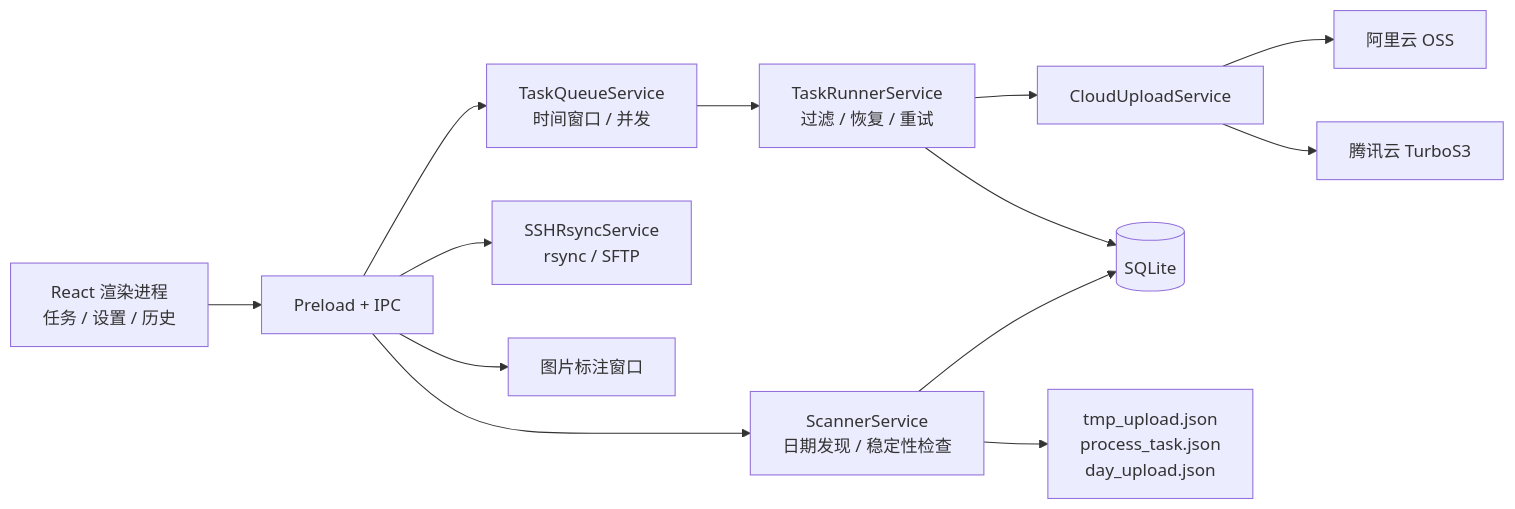
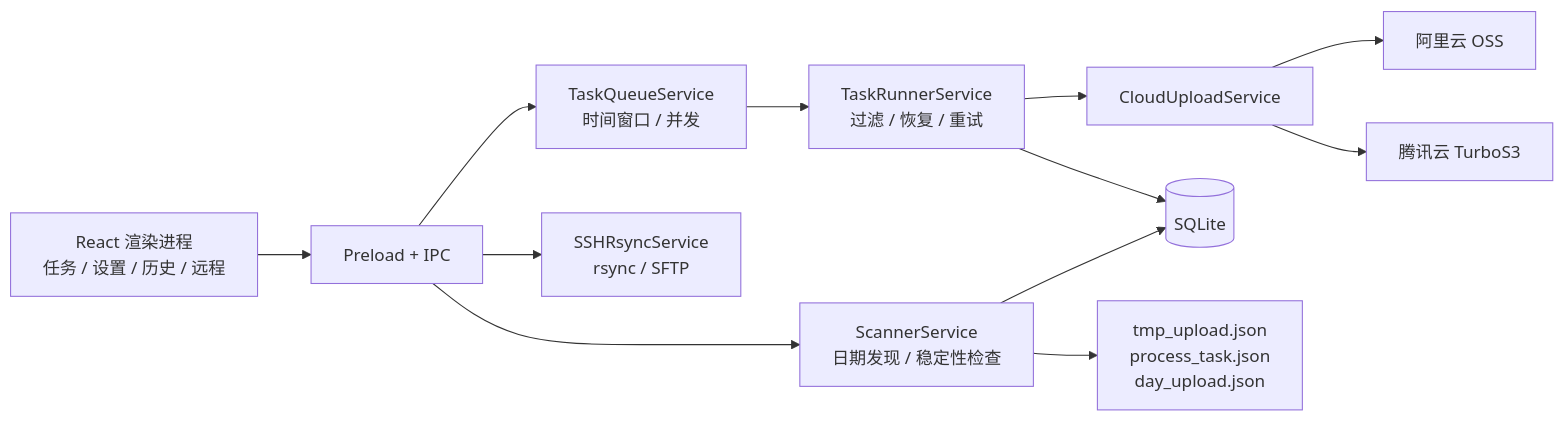
Before and after one commit to MzKyle/Auto-Upload-Studio: the diagram in README.zh-CN.md, drawn with Mermaid. The commit also changed other lines of this file and 34 other files, not shown here.

````diff
--- a/README.zh-CN.md
+++ b/README.zh-CN.md
@@ -125,15 +129,14 @@
 ```mermaid
 flowchart LR
-  UI["React 渲染进程<br/>任务 / 设置 / 历史"] --> IPC["Preload + IPC"]
+  UI["React 渲染进程<br/>任务 / 设置 / 历史 / 远程"] --> IPC["Preload + IPC"]
   IPC --> Scanner["ScannerService<br/>日期发现 / 稳定性检查"]
   IPC --> Queue["TaskQueueService<br/>时间窗口 / 并发"]
   Queue --> Runner["TaskRunnerService<br/>过滤 / 恢复 / 重试"]
   Runner --> Cloud["CloudUploadService"]
   Cloud --> Aliyun["阿里云 OSS"]
   Cloud --> Tencent["腾讯云 TurboS3"]
   IPC --> Remote["SSHRsyncService<br/>rsync / SFTP"]
-  IPC --> Annotation["图片标注窗口"]
   Scanner --> DB[("SQLite")]
   Runner --> DB
   Scanner --> Marker["tmp_upload.json<br/>process_task.json<br/>day_upload.json"]
 ```
````
